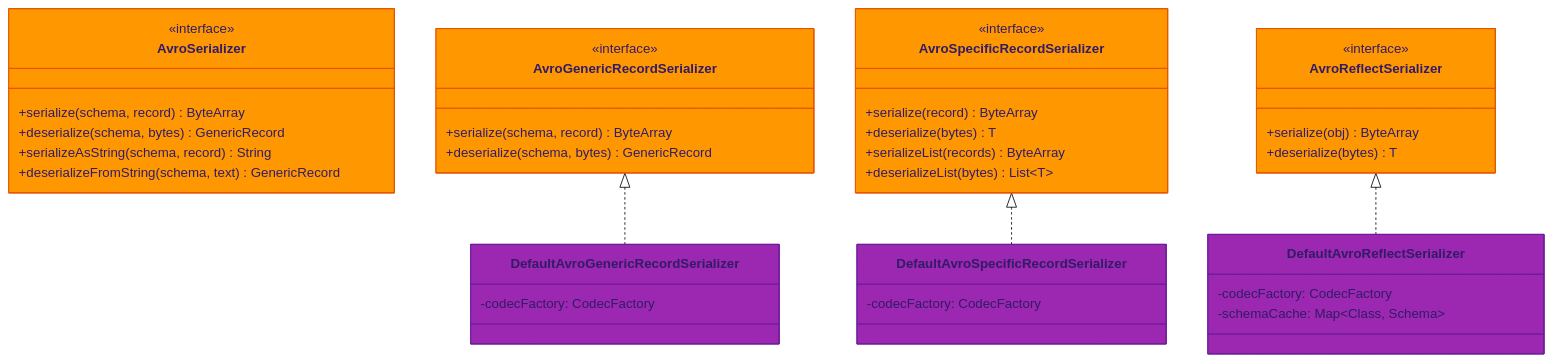
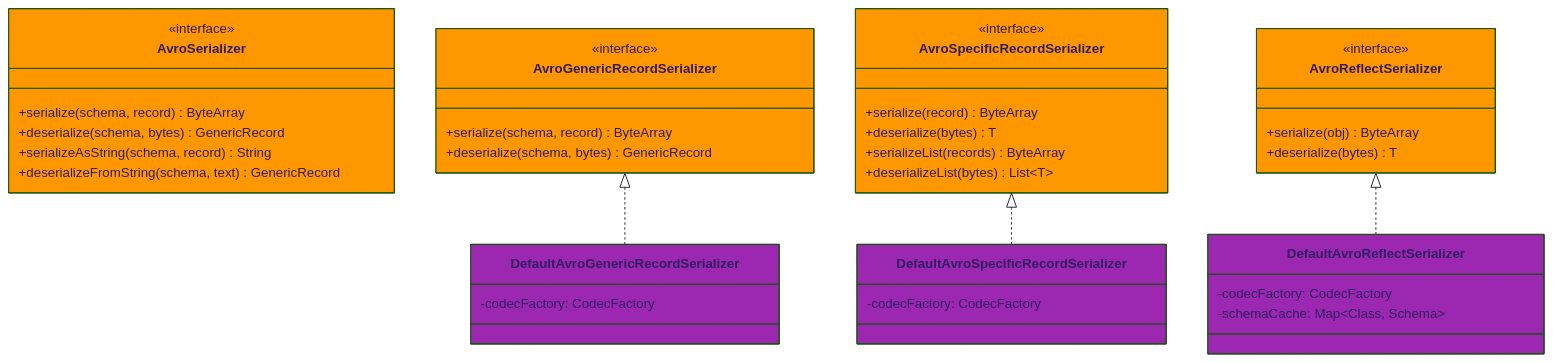
One commit to bluetape4k/bluetape4k-projects changed the first of 3 diagrams in io/avro/README.md. Above: the diagram before and after it, drawn with Mermaid (forest theme). The commit also changed 94 other files, not shown here.

First line of the commit message:
docs: Mermaid classDef에서 stroke:#색상 제거 (파서 오류 수정)

````diff
--- a/io/avro/README.md
+++ b/io/avro/README.md
@@ -122,50 +122,50 @@
 ```mermaid
 classDiagram
     class AvroSerializer:::codecStyle {
         <<interface>>
         +serialize(schema, record) ByteArray
         +deserialize(schema, bytes) GenericRecord
         +serializeAsString(schema, record) String
         +deserializeFromString(schema, text) GenericRecord
     }
 
     class AvroGenericRecordSerializer:::codecStyle {
         <<interface>>
         +serialize(schema, record) ByteArray
         +deserialize(schema, bytes) GenericRecord
     }
 
     class AvroSpecificRecordSerializer:::codecStyle {
         <<interface>>
         +serialize(record) ByteArray
         +deserialize(bytes) T
         +serializeList(records) ByteArray
         +deserializeList(bytes) List~T~
     }
 
     class AvroReflectSerializer:::codecStyle {
         <<interface>>
         +serialize(obj) ByteArray
         +deserialize(bytes) T
     }
 
     class DefaultAvroGenericRecordSerializer:::protoStyle {
         -codecFactory: CodecFactory
     }
 
     class DefaultAvroSpecificRecordSerializer:::protoStyle {
         -codecFactory: CodecFactory
     }
 
     class DefaultAvroReflectSerializer:::protoStyle {
         -codecFactory: CodecFactory
         -schemaCache: Map~Class, Schema~
     }
 
     AvroGenericRecordSerializer <|.. DefaultAvroGenericRecordSerializer
     AvroSpecificRecordSerializer <|.. DefaultAvroSpecificRecordSerializer
     AvroReflectSerializer <|.. DefaultAvroReflectSerializer
 
-    classDef codecStyle  fill:#FF9800,stroke:#E65100
-    classDef protoStyle  fill:#9C27B0,stroke:#6A1B9A
+    classDef codecStyle  fill:#FF9800
+    classDef protoStyle  fill:#9C27B0
 ```
````
